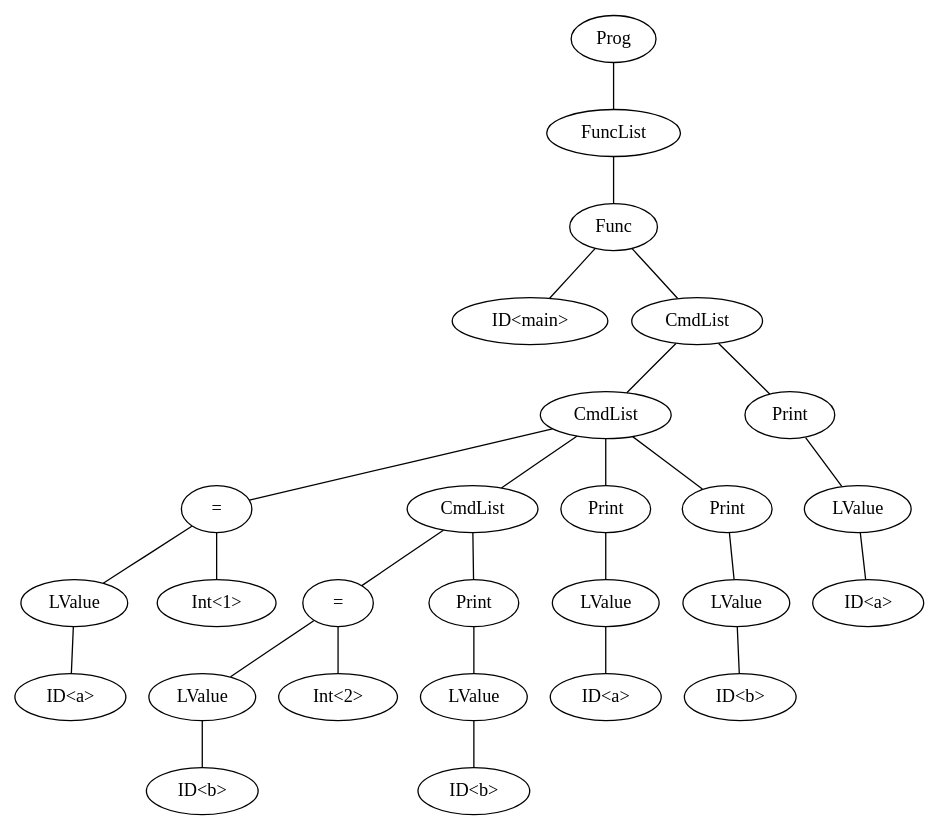
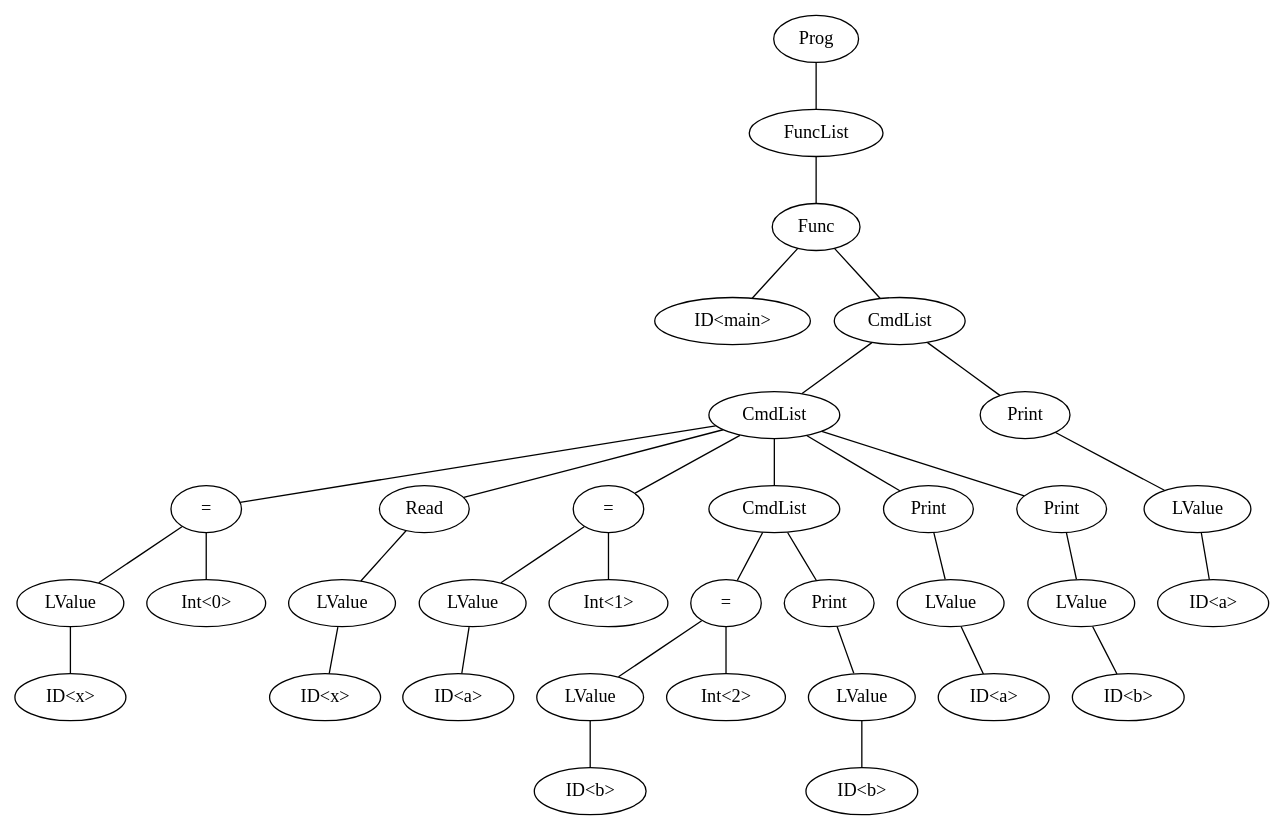
The diagram in ast.dot (Patrick448/Trabalho-Compiladores), drawn with Graphviz before and after one commit. The commit also changed 2 other files, not shown here.

```diff
--- a/ast.dot
+++ b/ast.dot
@@ -1,55 +1,69 @@
 graph program {
-26 [label=Prog]
-26--25
-25 [label=FuncList]
-25--24
-24 [label="Func"]
-24--23
-23 [label="ID<main>"]
-24--19
-19 [label=CmdList]
-19--4
+33 [label=Prog]
+33--32
+32 [label=FuncList]
+32--31
+31 [label="Func"]
+31--30
+30 [label="ID<main>"]
+31--26
+26 [label=CmdList]
+26--4
 4 [label=CmdList]
 4--3
 3 [label= "="]
 3--1
 1 [label="LValue"]
 1--0
-0 [label="ID<a>"]
+0 [label="ID<x>"]
 3--2
-2 [label="Int<1>"]
-4--9
-9 [label=CmdList]
-9--8
-8 [label= "="]
-8--6
+2 [label="Int<0>"]
+4--7
+7 [label="Read"]
+7--6
 6 [label="LValue"]
 6--5
-5 [label="ID<b>"]
-8--7
-7 [label="Int<2>"]
-9--12
-12 [label="Print"]
-12--11
-11 [label="LValue"]
+5 [label="ID<x>"]
+4--11
+11 [label= "="]
+11--9
+9 [label="LValue"]
+9--8
+8 [label="ID<a>"]
 11--10
-10 [label="ID<b>"]
-4--15
-15 [label="Print"]
+10 [label="Int<1>"]
+4--16
+16 [label=CmdList]
+16--15
+15 [label= "="]
+15--13
+13 [label="LValue"]
+13--12
+12 [label="ID<b>"]
 15--14
-14 [label="LValue"]
-14--13
-13 [label="ID<a>"]
-4--18
-18 [label="Print"]
+14 [label="Int<2>"]
+16--19
+19 [label="Print"]
+19--18
+18 [label="LValue"]
 18--17
-17 [label="LValue"]
-17--16
-16 [label="ID<b>"]
-19--22
+17 [label="ID<b>"]
+4--22
 22 [label="Print"]
 22--21
 21 [label="LValue"]
 21--20
 20 [label="ID<a>"]
+4--25
+25 [label="Print"]
+25--24
+24 [label="LValue"]
+24--23
+23 [label="ID<b>"]
+26--29
+29 [label="Print"]
+29--28
+28 [label="LValue"]
+28--27
+27 [label="ID<a>"]
 }
```
